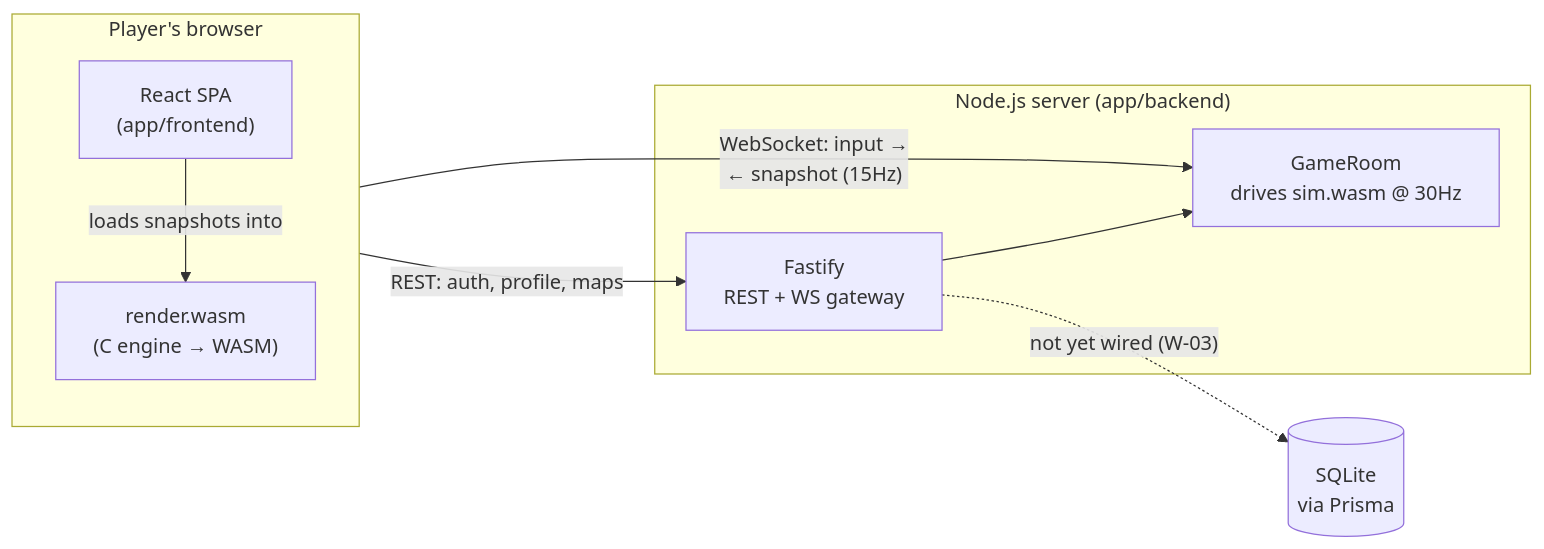
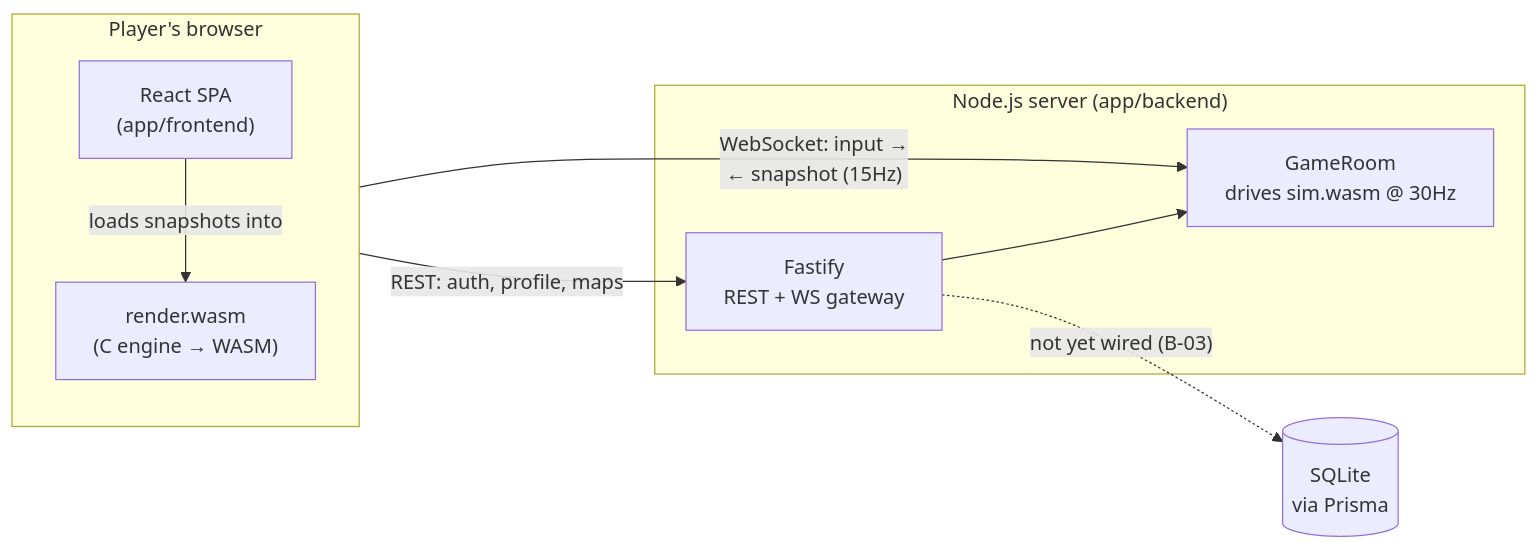
The diagram in README.md (samatsum/ft_Transcendence), drawn with Mermaid before and after one commit. The commit also changed other lines of this file and 30 other files, not shown here.

````diff
--- a/README.md
+++ b/README.md
@@ -57,18 +57,18 @@
 ```mermaid
 flowchart LR
     subgraph client["Player's browser"]
         FE["React SPA<br/>(app/frontend)"]
         RW["render.wasm<br/>(C engine → WASM)"]
         FE -->|"loads snapshots into"| RW
     end
     subgraph server["Node.js server (app/backend)"]
         BE["Fastify<br/>REST + WS gateway"]
         GR["GameRoom<br/>drives sim.wasm @ 30Hz"]
         BE --> GR
     end
     DB[("SQLite<br/>via Prisma")]
 
     client -- "REST: auth, profile, maps" --> BE
     client -- "WebSocket: input →<br/>← snapshot (15Hz)" --> GR
-    BE -.->|"not yet wired (W-03)"| DB
+    BE -.->|"not yet wired (B-03)"| DB
 ```
````
